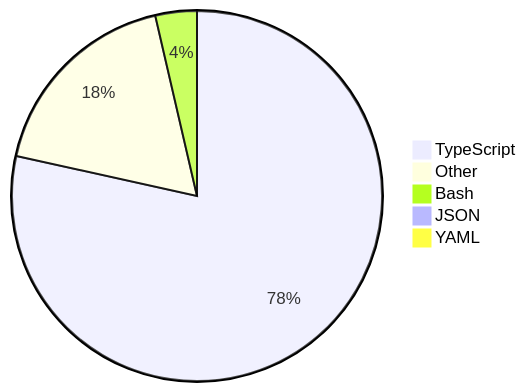
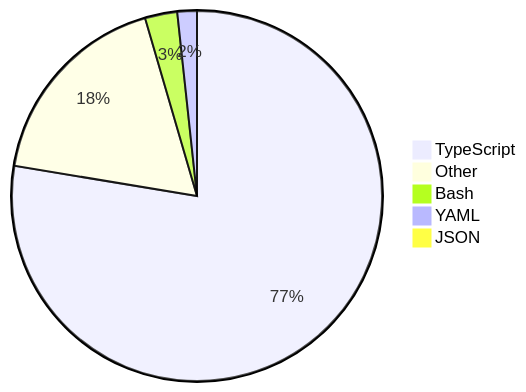
The diagram in README.md (skvggor/skvggor), drawn with Mermaid before and after one commit.

Commit message:
Updated waka-readme graph with new metrics

````diff
--- a/README.md
+++ b/README.md
@@ -16,8 +16,8 @@
 ```mermaid
 pie
-    "TypeScript" : 78.0
+    "TypeScript" : 77.3
     "Other" : 17.8
-    "Bash" : 3.6
+    "Bash" : 2.8
+    "YAML" : 1.7
     "JSON" : 0.5
-    "YAML" : 0.2
 ```
````
